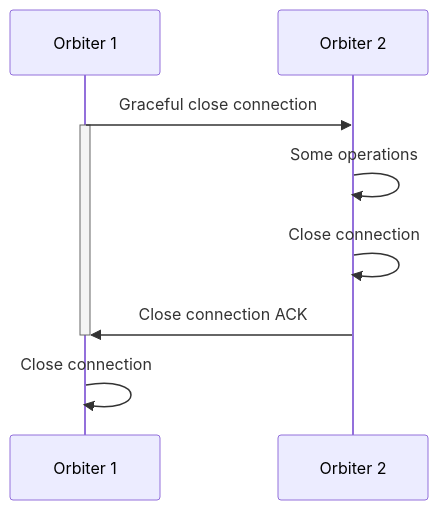
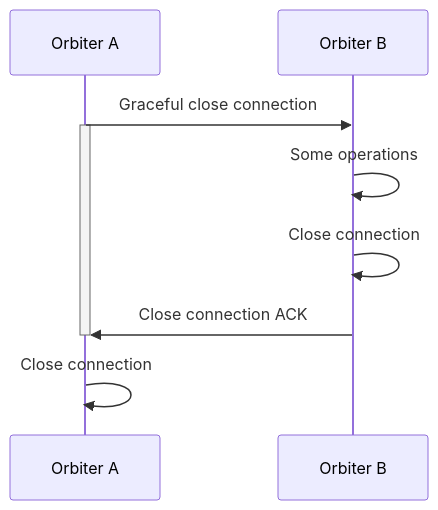
One commit to orbitalis-framework/py-orbitalis changed the tenth of 17 diagrams in README.md. Above: the diagram before and after it, drawn with Mermaid. The commit also changed other lines of this file, not shown here.

````diff
--- a/README.md
+++ b/README.md
@@ -438,10 +438,10 @@
 ```mermaid
 sequenceDiagram
-    Orbiter 1->>Orbiter 2: Graceful close connection
-    activate Orbiter 1
-    Orbiter 2->>Orbiter 2: Some operations
-    Orbiter 2->>Orbiter 2: Close connection
-    Orbiter 2->>Orbiter 1: Close connection ACK
-    deactivate Orbiter 1
-    Orbiter 1->>Orbiter 1: Close connection
+    Orbiter A->>Orbiter B: Graceful close connection
+    activate Orbiter A
+    Orbiter B->>Orbiter B: Some operations
+    Orbiter B->>Orbiter B: Close connection
+    Orbiter B->>Orbiter A: Close connection ACK
+    deactivate Orbiter A
+    Orbiter A->>Orbiter A: Close connection
 ```
````
